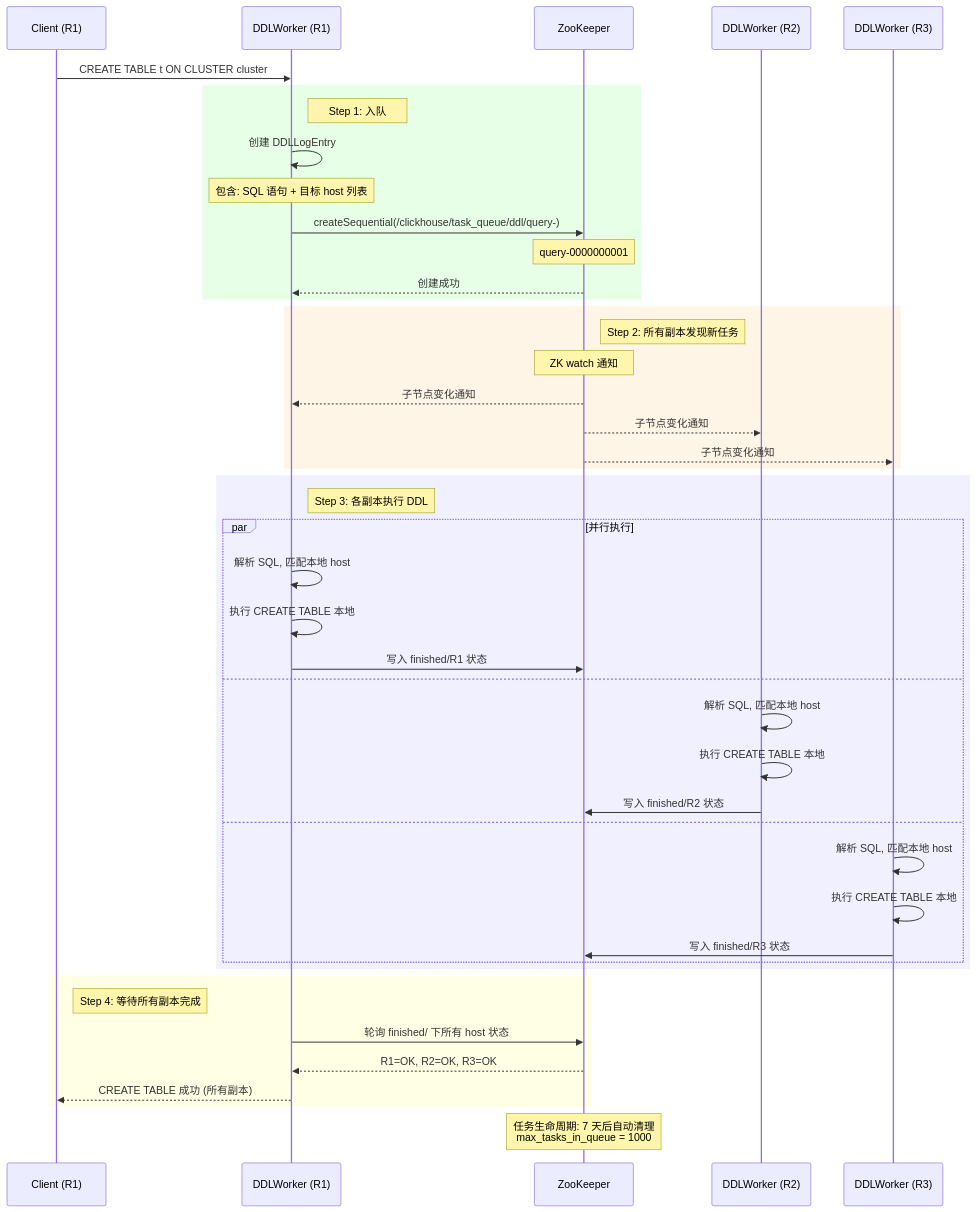
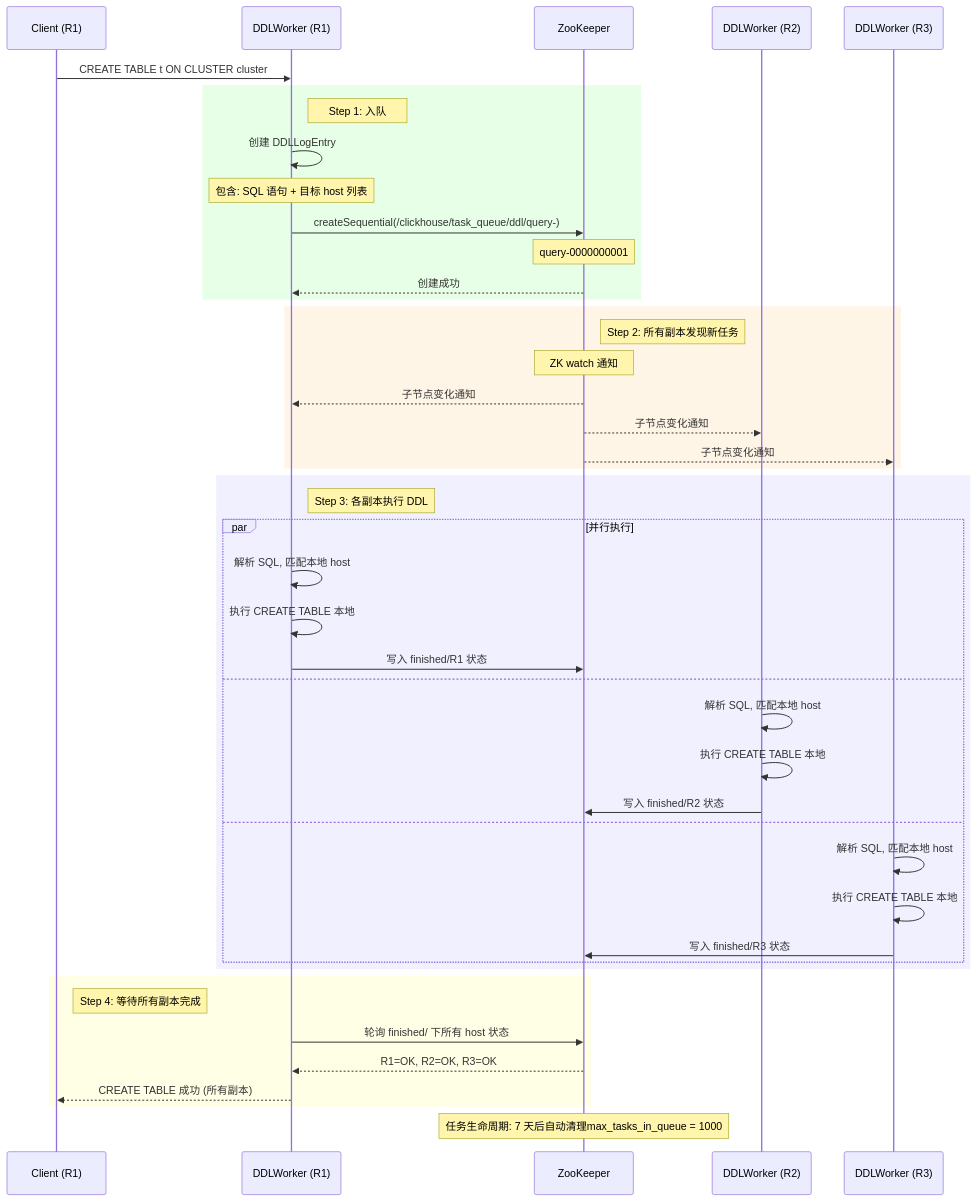
The seventh of 14 diagrams in Database/ClickHouse/clickhouse的一致性分析.md (carlvinhust2012/MyStudy), drawn with Mermaid before and after one commit. The commit also changed other lines of this file, not shown here.

````diff
--- a/Database/ClickHouse/clickhouse的一致性分析.md
+++ b/Database/ClickHouse/clickhouse的一致性分析.md
@@ -289,53 +289,53 @@
 ```mermaid
 sequenceDiagram
     participant C as Client (R1)
     participant DDL as DDLWorker (R1)
     participant ZK as ZooKeeper
     participant R2 as DDLWorker (R2)
     participant R3 as DDLWorker (R3)
 
     C->>DDL: CREATE TABLE t ON CLUSTER cluster
 
     rect rgb(230, 255, 230)
         Note right of DDL: Step 1: 入队
         DDL->>DDL: 创建 DDLLogEntry
         Note over DDL: 包含: SQL 语句 + 目标 host 列表
         DDL->>ZK: createSequential(/clickhouse/task_queue/ddl/query-)
         Note over ZK: query-0000000001
         ZK-->>DDL: 创建成功
     end
 
     rect rgb(255, 245, 230)
         Note right of ZK: Step 2: 所有副本发现新任务
         Note over ZK: ZK watch 通知
         ZK-->>DDL: 子节点变化通知
         ZK-->>R2: 子节点变化通知
         ZK-->>R3: 子节点变化通知
     end
 
     rect rgb(240, 240, 255)
         Note right of DDL: Step 3: 各副本执行 DDL
         par 并行执行
             DDL->>DDL: 解析 SQL, 匹配本地 host
             DDL->>DDL: 执行 CREATE TABLE 本地
             DDL->>ZK: 写入 finished/R1 状态
         and
             R2->>R2: 解析 SQL, 匹配本地 host
             R2->>R2: 执行 CREATE TABLE 本地
             R2->>ZK: 写入 finished/R2 状态
         and
             R3->>R3: 解析 SQL, 匹配本地 host
             R3->>R3: 执行 CREATE TABLE 本地
             R3->>ZK: 写入 finished/R3 状态
         end
     end
 
     rect rgb(255, 255, 230)
         Note right of C: Step 4: 等待所有副本完成
         DDL->>ZK: 轮询 finished/ 下所有 host 状态
         ZK-->>DDL: R1=OK, R2=OK, R3=OK
         DDL-->>C: CREATE TABLE 成功 (所有副本)
     end
 
-    Note over ZK: 任务生命周期: 7 天后自动清理<br/>max_tasks_in_queue = 1000
+    Note over ZK: 任务生命周期: 7 天后自动清理max_tasks_in_queue = 1000
 ```
````
